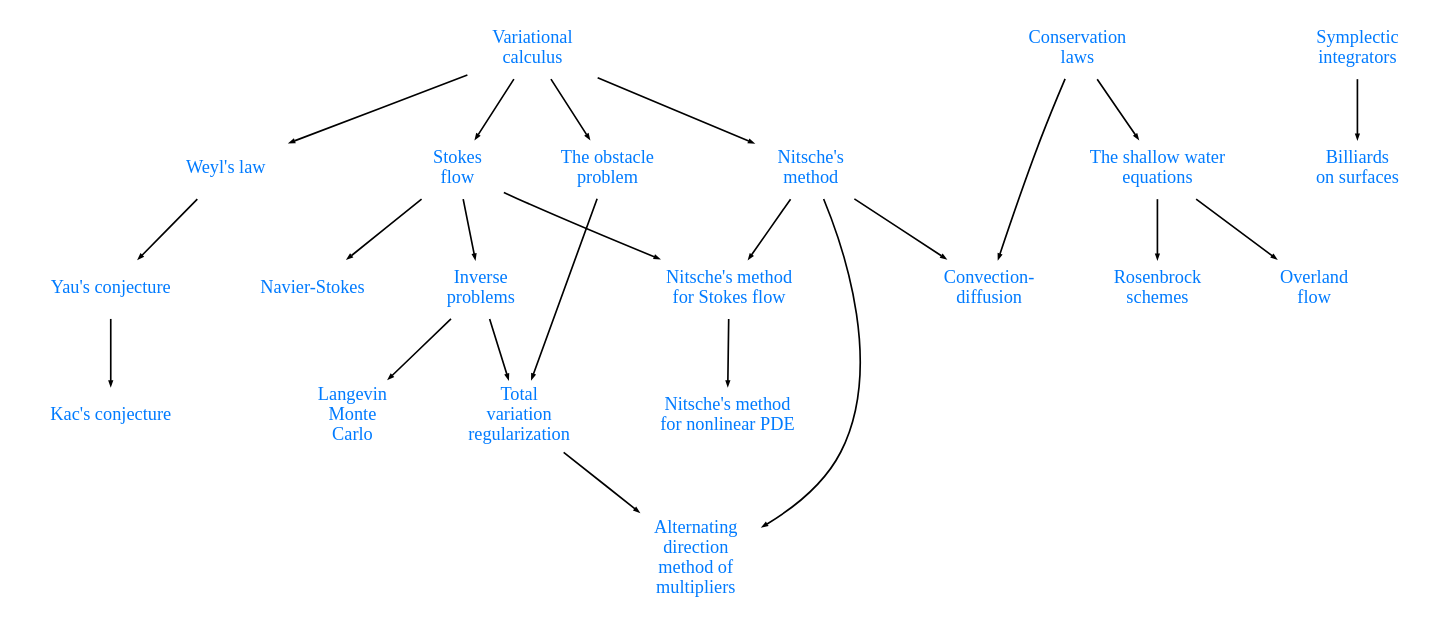
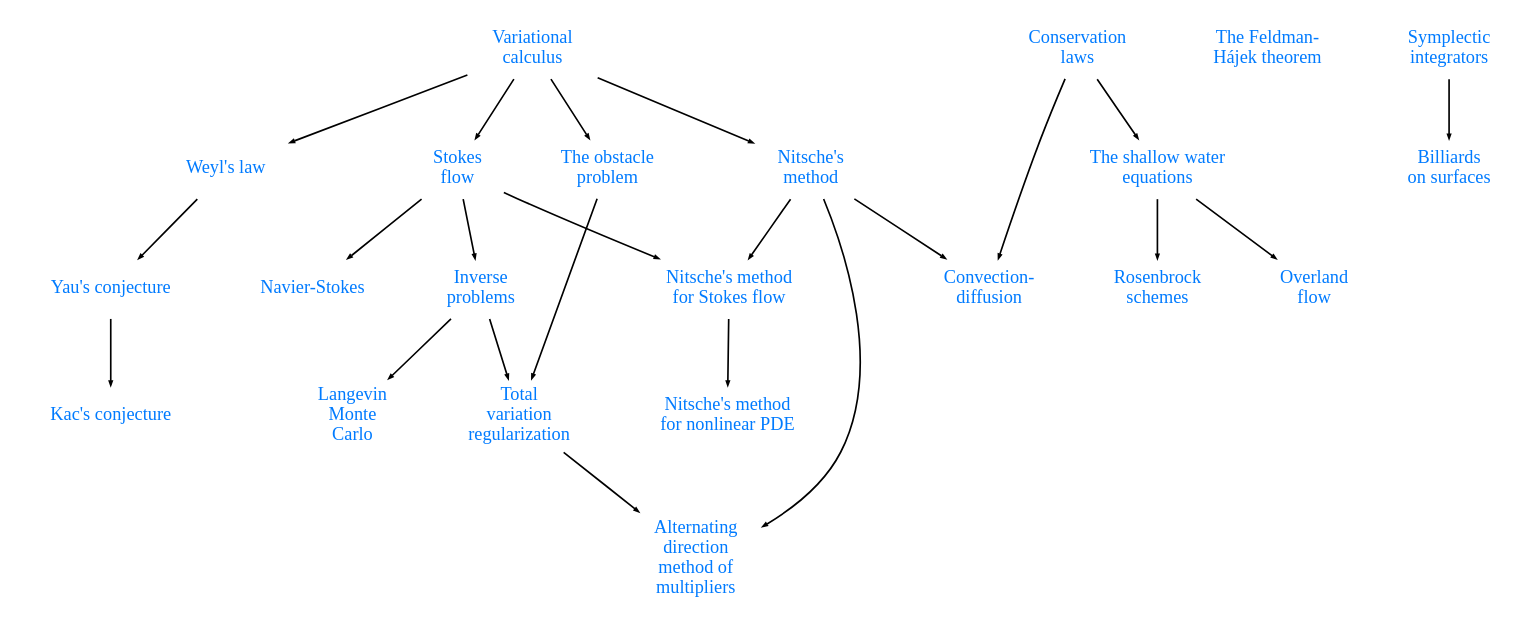
Before and after one commit to danshapero/danshapero.github.io: the diagram in pages/index.rst, drawn with Graphviz. The commit also changed 1 other file, not shown here.

Commit message:
Add Feldman-Hajek post

```diff
--- a/pages/index.rst
+++ b/pages/index.rst
@@ -17,53 +17,54 @@
 .. graphviz::
 
     digraph posts {
         node [shape="plaintext", fontcolor="#007bff", fontsize="11"];
         edge [arrowsize=0.25];
 
         calc [label="Variational\ncalculus", href="/posts/variational-calculus/"];
         stokes [label="Stokes\nflow", href="/posts/stokes/"];
         karman [label="Navier-Stokes", href="/posts/karman-vortices/"];
         weyl [label="Weyl's law", href="/posts/weyls-law/"];
         yau [label="Yau's conjecture", href="/posts/yau-conjecture/"];
         kac [label="Kac's conjecture", href="/posts/kac-conjecture/"];
         nitsche [label="Nitsche's\nmethod", href="/posts/nitsches-method/"];
         nitsche_stokes [label="Nitsche's method\nfor Stokes flow", href="/posts/nitsches-method-stokes/"];
         nitsche_nonlinear [label="Nitsche's method\nfor nonlinear PDE", href="/posts/nitsches-method-nonlinear/"];
         obstacle [label="The obstacle\nproblem", href="/posts/obstacle-problem/"];
         conservation_laws [label="Conservation\nlaws", href="/posts/conservation-laws/"];
         convection_diffusion [label="Convection-\ndiffusion", href="/posts/convection-diffusion/"];
         inverse_problems [label="Inverse\nproblems", href="/posts/inverse-problems"];
+        feldman_hajek [label="The Feldman-\nHájek theorem", href="/posts/feldman-hajek"];
         total_variation [label="Total\nvariation\nregularization", href="/posts/total-variation"];
         admm [label="Alternating\ndirection\nmethod of\nmultipliers", href="/posts/admm"];
         shallow_water [label="The shallow water\nequations", href="/posts/shallow-water/"];
         overland_flow [label="Overland\nflow", href="/posts/overland-flow/"];
         rosenbrock [label="Rosenbrock\nschemes", href="/posts/rosenbrock/"];
         langevin [label="Langevin\nMonte\nCarlo", href="/posts/langevin-mcmc/"];
         symplectic [label="Symplectic\nintegrators", href="/posts/symplectic-integrators/"];
         billiards [label="Billiards\non surfaces", href="/posts/surface-billiards/"];
 
         {rank=same; calc, conservation_laws};
 
         calc -> weyl;
         calc -> stokes;
         calc -> nitsche;
         calc -> obstacle;
         stokes -> nitsche_stokes;
         stokes -> karman;
         stokes -> inverse_problems;
         inverse_problems -> total_variation;
         nitsche -> admm;
         total_variation -> admm;
         inverse_problems -> langevin;
         obstacle -> total_variation;
         weyl -> yau;
         yau -> kac;
         nitsche -> nitsche_stokes;
         nitsche_stokes -> nitsche_nonlinear;
         conservation_laws -> convection_diffusion;
         conservation_laws -> shallow_water;
         shallow_water -> rosenbrock;
         shallow_water -> overland_flow;
         nitsche -> convection_diffusion;
         symplectic -> billiards;
     }
```
